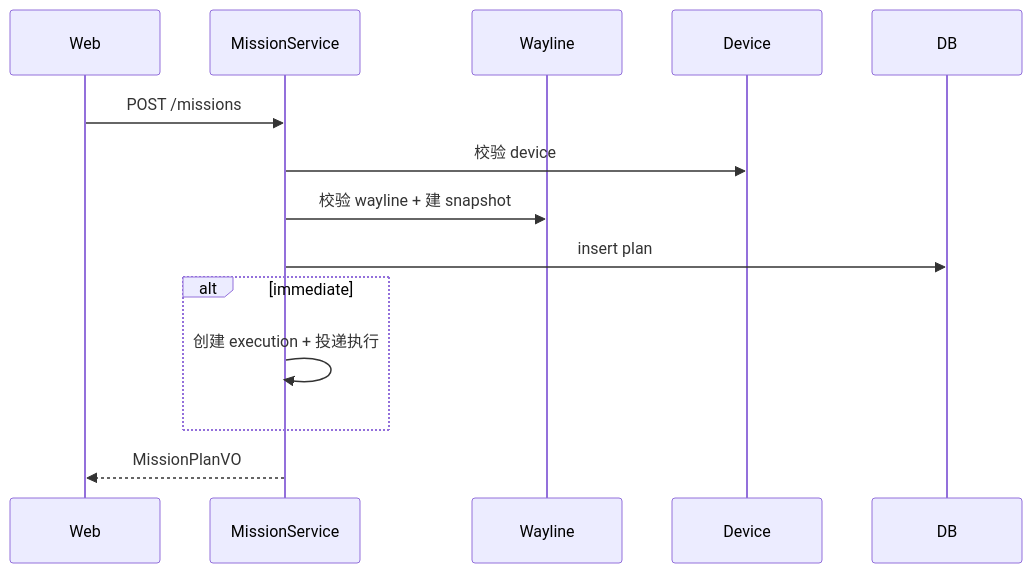
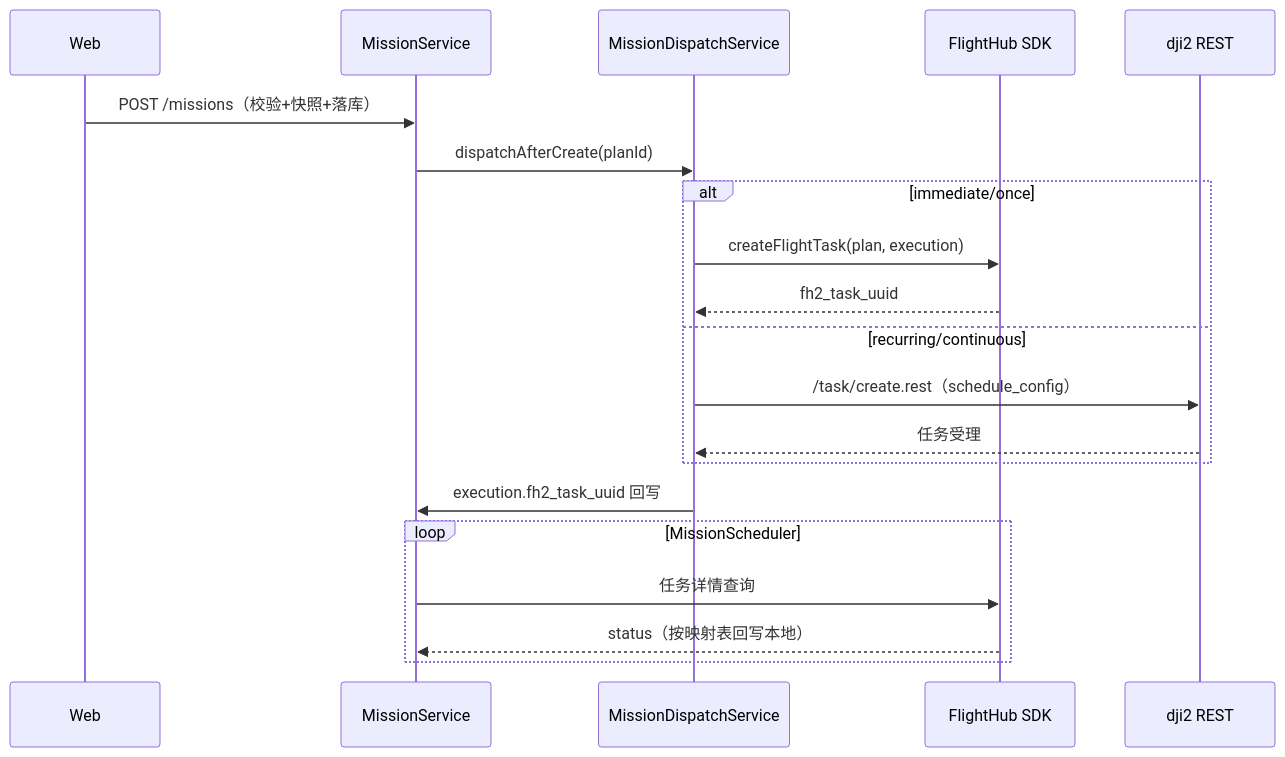
One commit to 270220320/paasPlatform changed the first of 2 diagrams in docs/03-design/detail/detail-mission.md. Above: the diagram before and after it, drawn with Mermaid. The commit also changed other lines of this file and 63 other files, not shown here.

````diff
--- a/docs/03-design/detail/detail-mission.md
+++ b/docs/03-design/detail/detail-mission.md
@@ -66,16 +92,22 @@
 ```mermaid
 sequenceDiagram
   participant Web
-  participant M as MissionService
-  participant W as Wayline
-  participant D as Device
-  participant DB
-  Web->>M: POST /missions
-  M->>D: 校验 device
-  M->>W: 校验 wayline + 建 snapshot
-  M->>DB: insert plan
-  alt immediate
-    M->>M: 创建 execution + 投递执行
+  participant MSN as MissionService
+  participant DSP as MissionDispatchService
+  participant SDK as FlightHub SDK
+  participant DJI2 as dji2 REST
+  Web->>MSN: POST /missions（校验+快照+落库）
+  MSN->>DSP: dispatchAfterCreate(planId)
+  alt immediate/once
+    DSP->>SDK: createFlightTask(plan, execution)
+    SDK-->>DSP: fh2_task_uuid
+  else recurring/continuous
+    DSP->>DJI2: /task/create.rest（schedule_config）
+    DJI2-->>DSP: 任务受理
   end
-  M-->>Web: MissionPlanVO
+  DSP->>MSN: execution.fh2_task_uuid 回写
+  loop MissionScheduler
+    MSN->>SDK: 任务详情查询
+    SDK-->>MSN: status（按映射表回写本地）
+  end
 ```
````
